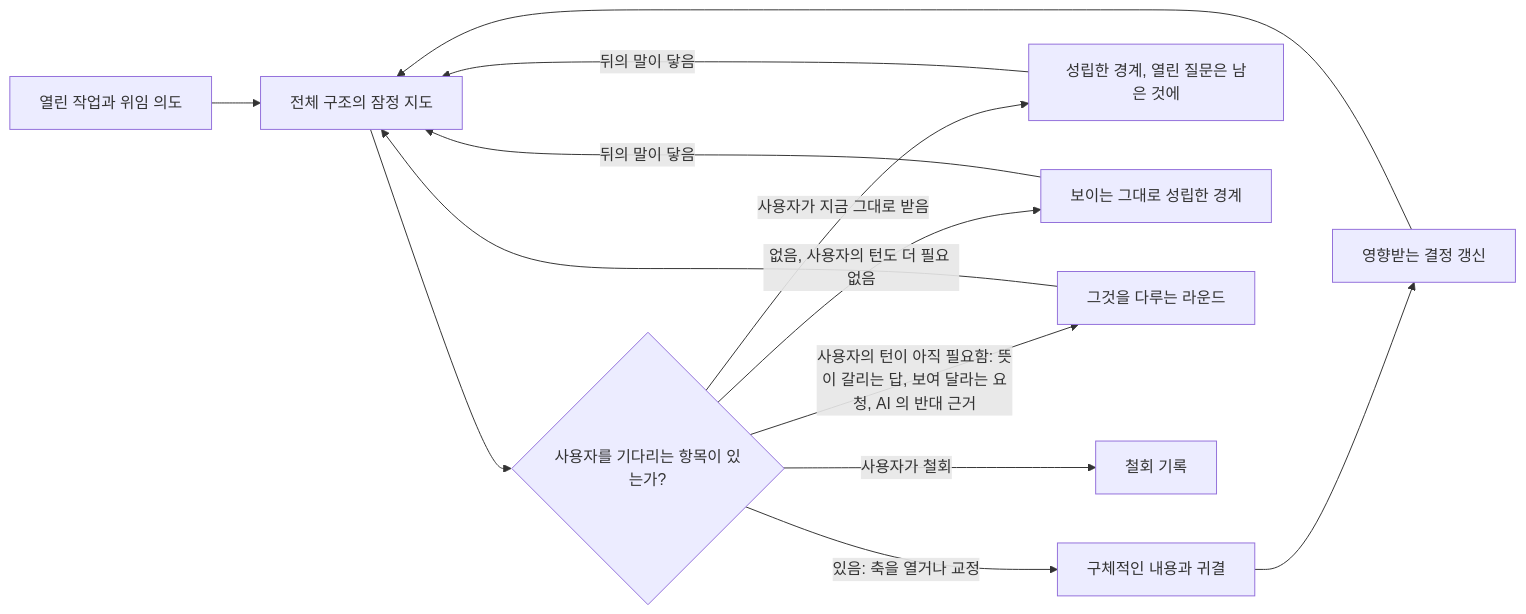
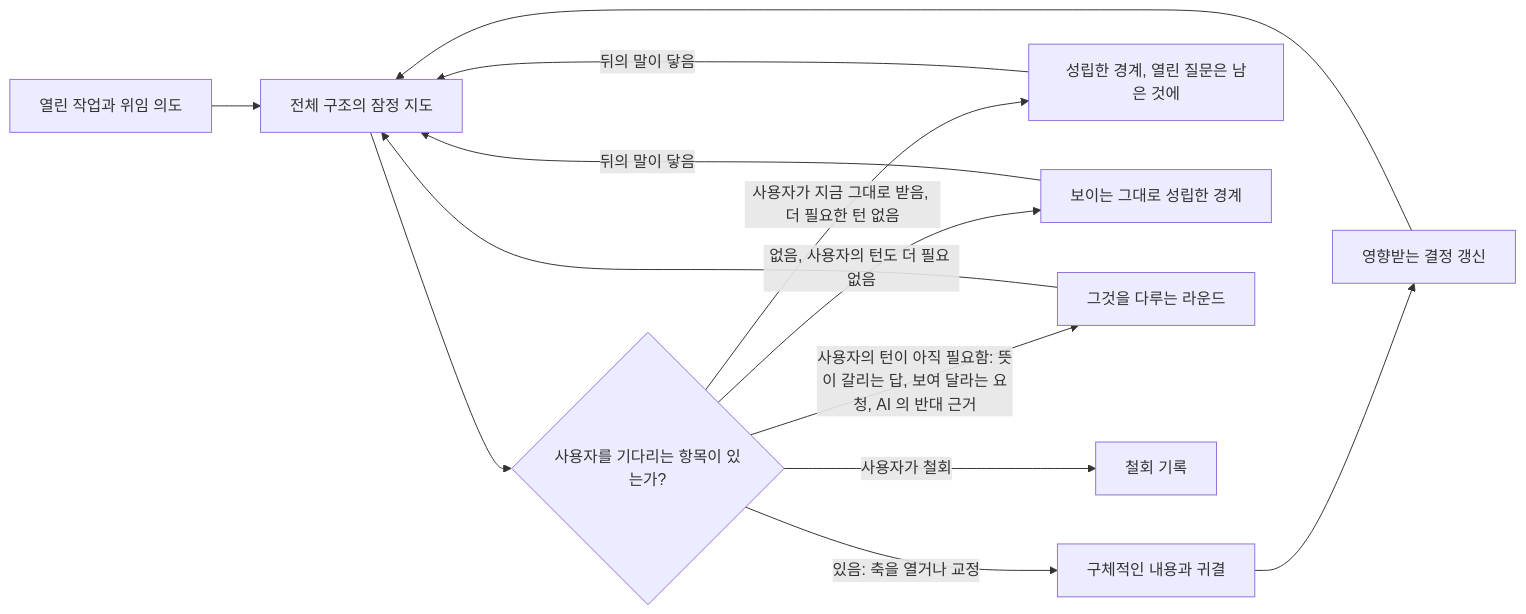
One commit to jongwony/epistemic-protocols changed the diagram in horismos/README_ko.md. Above: the diagram before and after it, drawn with Mermaid. The commit also changed other lines of this file and 4 other files, not shown here.

````diff
--- a/horismos/README_ko.md
+++ b/horismos/README_ko.md
@@ -9,15 +9,15 @@
 ```mermaid
 flowchart LR
     A[열린 작업과 위임 의도] --> B[전체 구조의 잠정 지도]
     B --> C{사용자를 기다리는 항목이 있는가?}
     C -->|있음: 축을 열거나 교정| D[구체적인 내용과 귀결]
     D --> E[영향받는 결정 갱신]
     E --> B
-    C -->|사용자가 지금 그대로 받음| F[성립한 경계, 열린 질문은 남은 것에]
+    C -->|사용자가 지금 그대로 받음, 더 필요한 턴 없음| F[성립한 경계, 열린 질문은 남은 것에]
     C -->|없음, 사용자의 턴도 더 필요 없음| G[보이는 그대로 성립한 경계]
     C -->|사용자의 턴이 아직 필요함: 뜻이 갈리는 답, 보여 달라는 요청, AI 의 반대 근거| H[그것을 다루는 라운드]
     H --> B
     C -->|사용자가 철회| W[철회 기록]
     F -->|뒤의 말이 닿음| B
     G -->|뒤의 말이 닿음| B
 ```
````
